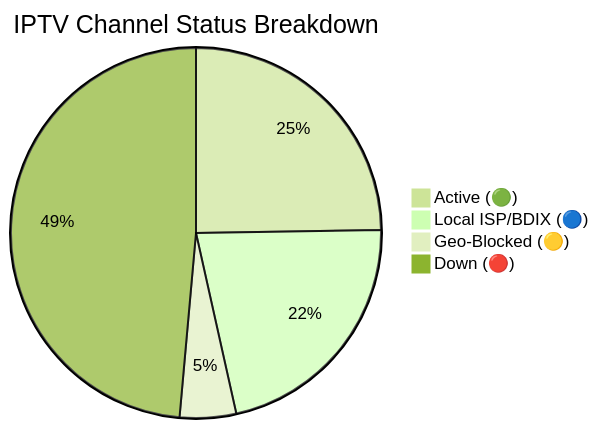
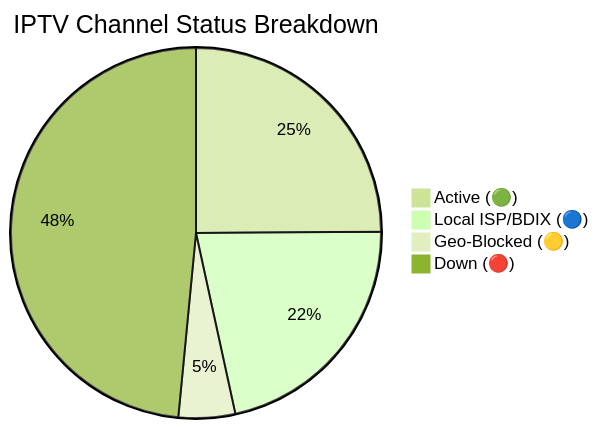
Before and after one commit to Zaman-Topu/Ip-tv-Collection: the diagram in README.md, drawn with Mermaid (forest theme). The commit also changed other lines of this file and 6 other files, not shown here.

````diff
--- a/README.md
+++ b/README.md
@@ -118,7 +118,7 @@
 ```mermaid
 pie title IPTV Channel Status Breakdown
-    "Active (🟢)" : 10188
+    "Active (🟢)" : 10280
     "Local ISP/BDIX (🔵)" : 8961
-    "Geo-Blocked (🟡)" : 2024
-    "Down (🔴)" : 20004
+    "Geo-Blocked (🟡)" : 2040
+    "Down (🔴)" : 20021
 ```
````
